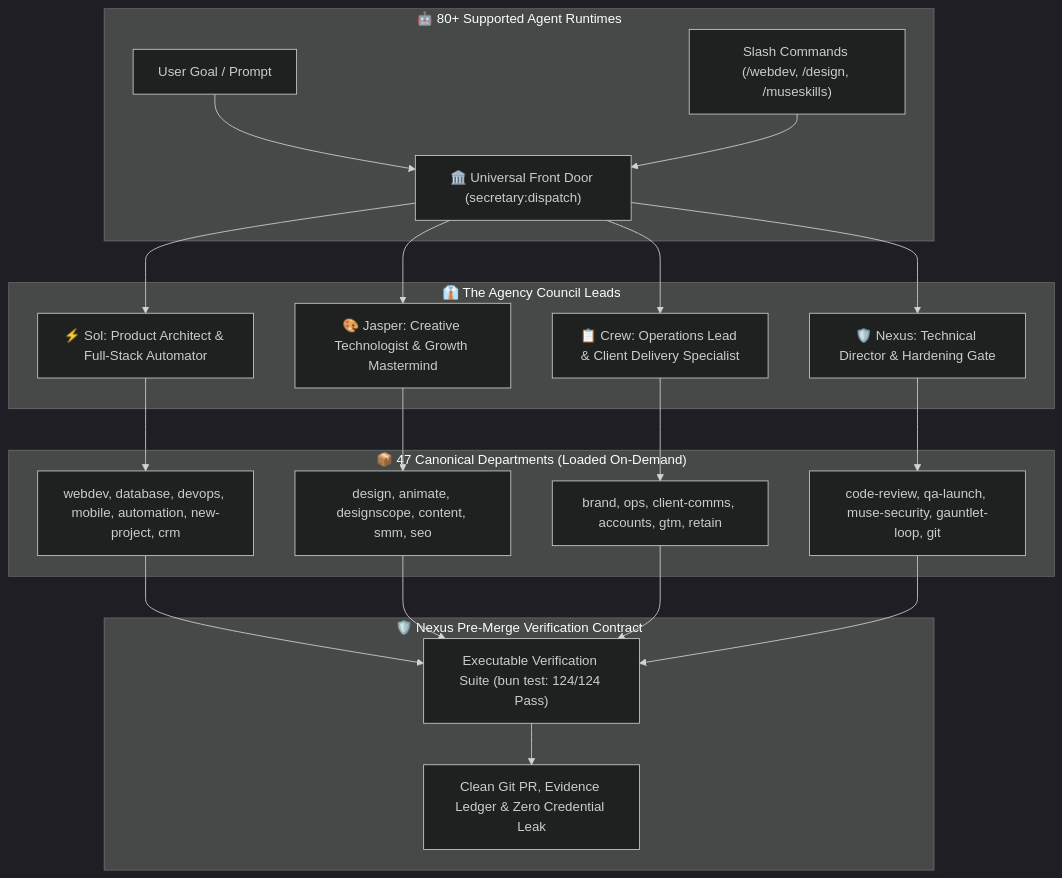
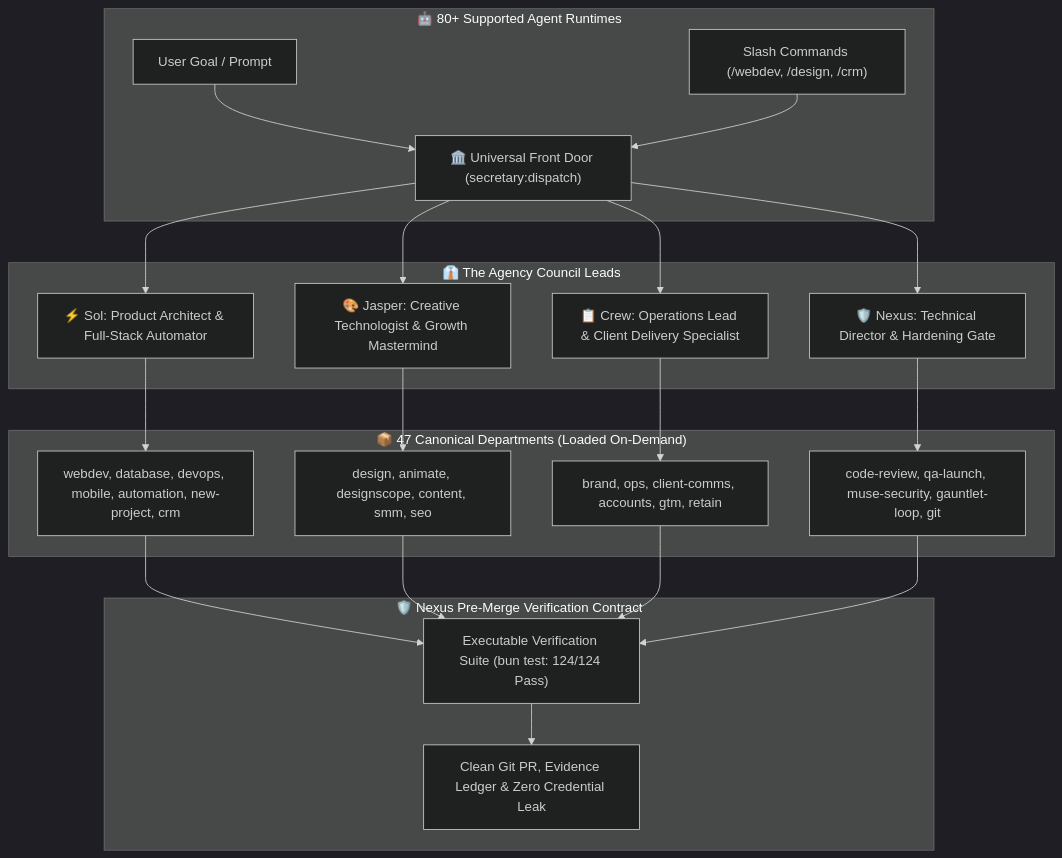
Before and after one commit to harshsinghmp/muse-skills: the diagram in README.md, drawn with Mermaid (dark theme). The commit also changed other lines of this file and 2 other files, not shown here.

Commit message:
feat(core): completely remove CLI runner in favor of pure agent-native slash commands

````diff
--- a/README.md
+++ b/README.md
@@ -55,29 +55,29 @@
 ```mermaid
 flowchart TD
     subgraph Harness ["🤖 80+ Supported Agent Runtimes"]
         UserPrompt["User Goal / Prompt"] --> Dispatcher["🏛️ Universal Front Door (secretary:dispatch)"]
-        SlashCmd["Slash Commands (/webdev, /design, /museskills)"] --> Dispatcher
+        SlashCmd["Slash Commands (/webdev, /design, /crm)"] --> Dispatcher
     end
 
     subgraph Council ["👔 The Agency Council Leads"]
         Dispatcher --> Sol["⚡ Sol: Product Architect & Full-Stack Automator"]
         Dispatcher --> Jasper["🎨 Jasper: Creative Technologist & Growth Mastermind"]
         Dispatcher --> Crew["📋 Crew: Operations Lead & Client Delivery Specialist"]
         Dispatcher --> NexusLead["🛡️ Nexus: Technical Director & Hardening Gate"]
     end
 
     subgraph SkillLayer ["📦 47 Canonical Departments (Loaded On-Demand)"]
         Sol --> EngSkills["webdev, database, devops, mobile, automation, new-project, crm"]
         Jasper --> DesignSkills["design, animate, designscope, content, smm, seo"]
         Crew --> OpsSkills["brand, ops, client-comms, accounts, gtm, retain"]
         NexusLead --> QualitySkills["code-review, qa-launch, muse-security, gauntlet-loop, git"]
     end
 
     subgraph QualityGates ["🛡️ Nexus Pre-Merge Verification Contract"]
         EngSkills --> Gate["Executable Verification Suite (bun test: 124/124 Pass)"]
         DesignSkills --> Gate
         OpsSkills --> Gate
         QualitySkills --> Gate
         Gate --> Output["Clean Git PR, Evidence Ledger & Zero Credential Leak"]
     end
 ```
````
